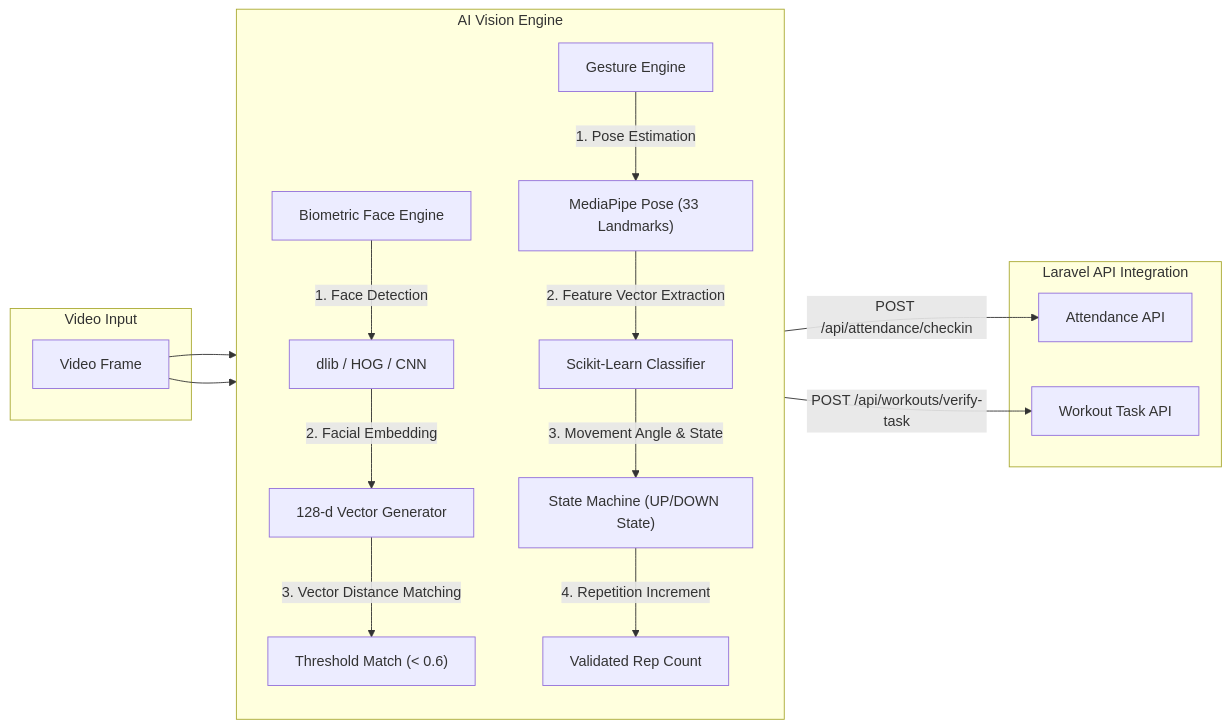
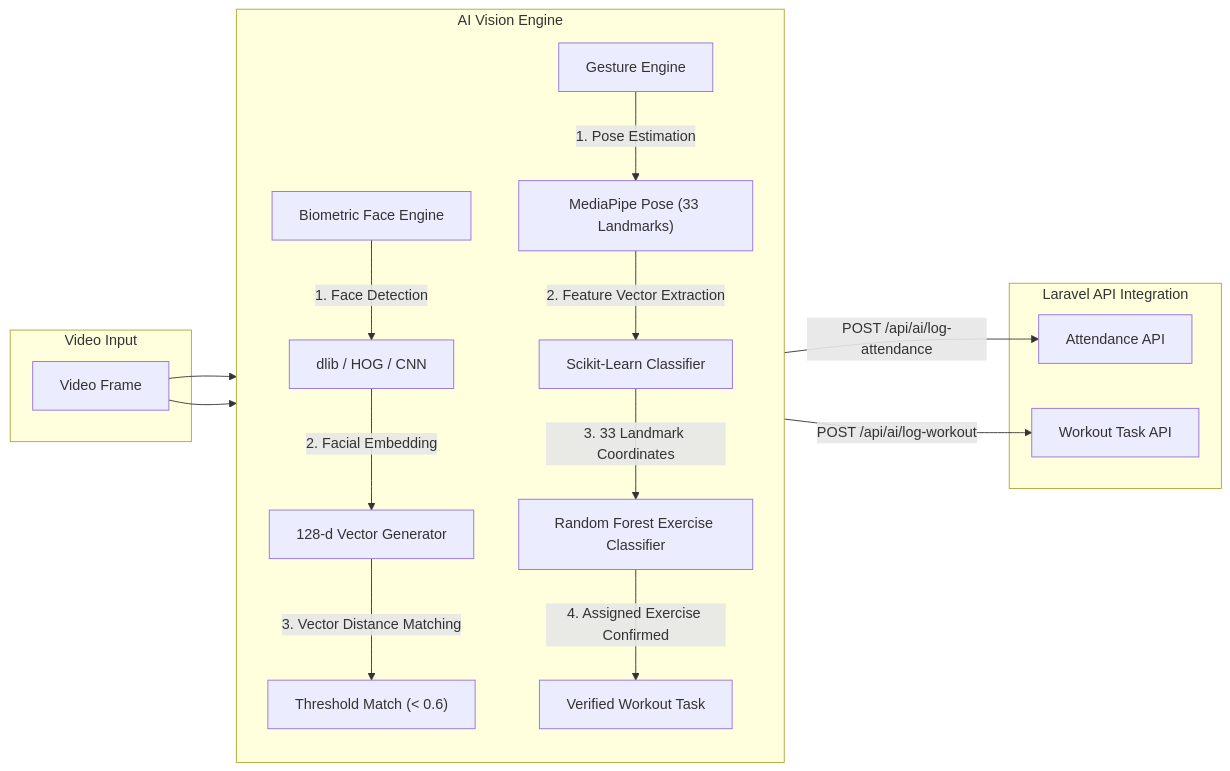
One commit to Plonteras191/GYM2-CAPSTONE changed the second of 6 diagrams in DOCUMENTATION/Product Requirements Documents/Architecture/Architecture.md. Above: the diagram before and after it, drawn with Mermaid. The commit also changed other lines of this file and 10 other files, not shown here.

First line of the commit message:
Update outdated diagrams in the documentation to match the system

````diff
--- a/DOCUMENTATION/Product Requirements Documents/Architecture/Architecture.md
+++ b/DOCUMENTATION/Product Requirements Documents/Architecture/Architecture.md
@@ -123,29 +126,29 @@
 ```mermaid
 flowchart LR
     subgraph Video_Input ["Video Input"]
         FRAME["Video Frame"]
     end
 
     subgraph AI_Processing ["AI Vision Engine"]
         direction TB
         FACE_ENGINE["Biometric Face Engine"]
         GESTURE_ENGINE["Gesture Engine"]
         
         FRAME --> FACE_ENGINE
         FRAME --> GESTURE_ENGINE
         
         FACE_ENGINE -->|1. Face Detection| FD["dlib / HOG / CNN"]
         FD -->|2. Facial Embedding| FE["128-d Vector Generator"]
         FE -->|3. Vector Distance Matching| FM["Threshold Match (< 0.6)"]
         
         GESTURE_ENGINE -->|1. Pose Estimation| MP["MediaPipe Pose (33 Landmarks)"]
         MP -->|2. Feature Vector Extraction| SK["Scikit-Learn Classifier"]
-        SK -->|3. Movement Angle & State| SM["State Machine (UP/DOWN State)"]
-        SM -->|4. Repetition Increment| RC["Validated Rep Count"]
+        SK -->|3. 33 Landmark Coordinates| SM["Random Forest Exercise Classifier"]
+        SM -->|4. Assigned Exercise Confirmed| RC["Verified Workout Task"]
     end
 
     subgraph Backend_Bridge ["Laravel API Integration"]
-        FM -->|POST /api/attendance/checkin| ATTENDANCE_API["Attendance API"]
-        RC -->|POST /api/workouts/verify-task| WORKOUT_API["Workout Task API"]
+        FM -->|POST /api/ai/log-attendance| ATTENDANCE_API["Attendance API"]
+        RC -->|POST /api/ai/log-workout| WORKOUT_API["Workout Task API"]
     end
 ```
````
